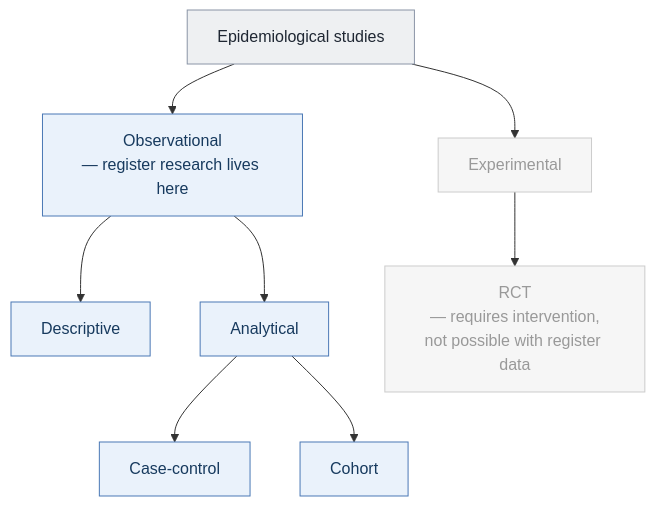
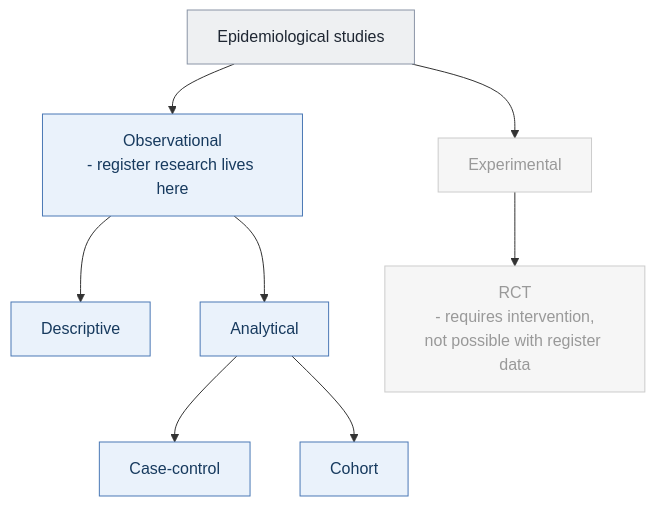
The diagram in docs/en/01_studieforberedelse.qmd (steno-aarhus/registers-guide), drawn with Mermaid before and after one commit. The commit also changed other lines of this file and 78 other files, not shown here.

````diff
--- a/docs/en/01_studieforberedelse.qmd
+++ b/docs/en/01_studieforberedelse.qmd
@@ -20,23 +20,23 @@
 ```{mermaid}
 flowchart TD
     E["Epidemiological studies"]:::neutral
-    O["Observational<br>— register research lives here"]:::active
+    O["Observational<br>- register research lives here"]:::active
     X["Experimental"]:::ref
     D["Descriptive"]:::active
     A["Analytical"]:::active
     CC["Case-control"]:::active
     CO["Cohort"]:::active
-    R["RCT<br>— requires intervention,<br>not possible with register data"]:::ref
+    R["RCT<br>- requires intervention,<br>not possible with register data"]:::ref
 
     E --> O
     E --> X
     O --> D
     O --> A
     A --> CC
     A --> CO
     X --> R
 
     classDef neutral fill:#eef0f2,stroke:#8a94a6,color:#1f2733;
     classDef active fill:#eaf2fb,stroke:#4a78b5,color:#173a5e;
     classDef ref fill:#f6f6f6,stroke:#cccccc,color:#999999;
 ```
````
